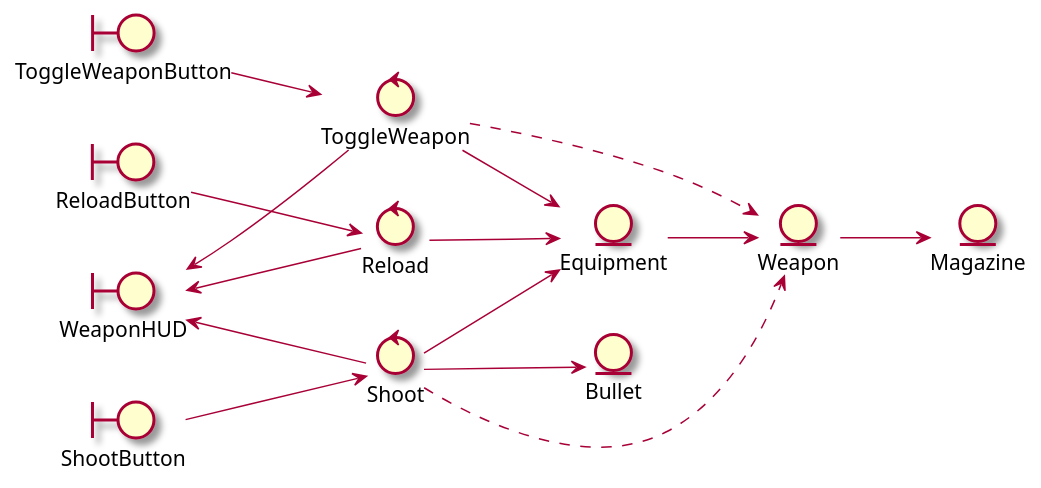
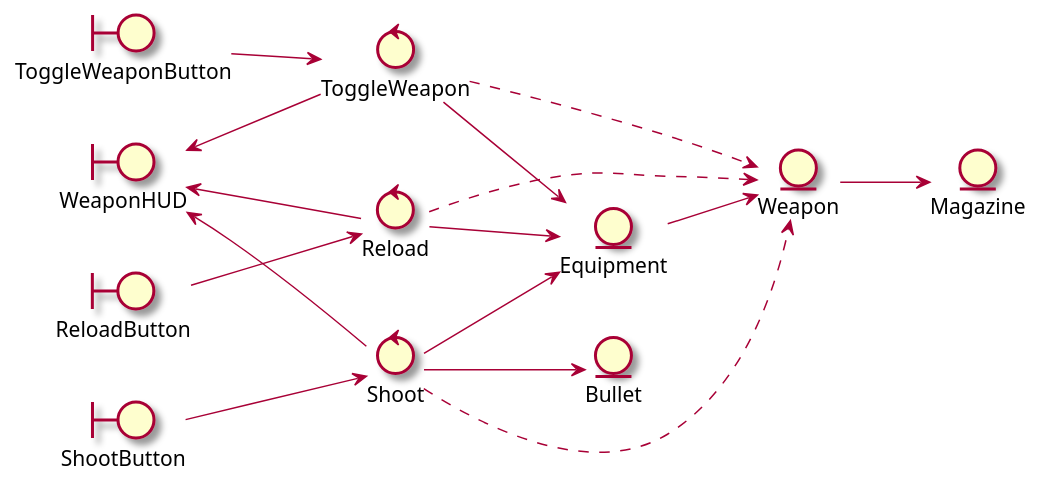
One commit to RicardoGuzmanVelasco/ArchitecturalCookieClicker changed the diagram in Assets/CoD/Docs~/Design.puml. Above: the diagram before and after it, drawn with PlantUML. The commit also changed 4 other files, not shown here.

Commit message:
refactor: inject dummy weapon to reload

```diff
--- a/Assets/CoD/Docs~/Design.puml
+++ b/Assets/CoD/Docs~/Design.puml
@@ -1,41 +1,42 @@
 @startuml
 skin rose
 left to right direction
 
 control ToggleWeapon
 control Shoot
 control Reload
 
 boundary WeaponHUD
 boundary ToggleWeaponButton
 boundary ShootButton
 boundary ReloadButton
 
 entity Weapon
 entity Magazine
 entity Equipment
 
 entity Bullet
 
 ShootButton --> Shoot
 
 Shoot --> Equipment
 Shoot --> Bullet
 Shoot ..> Weapon
 Shoot -u-> WeaponHUD
 
 ToggleWeapon -u-> WeaponHUD
 ToggleWeapon --> Equipment
 ToggleWeapon ..> Weapon
 
 Reload --> Equipment
 Reload -u-> WeaponHUD
 ReloadButton --> Reload
+Reload ..> Weapon
 
 Equipment --> Weapon
 
 ToggleWeaponButton --> ToggleWeapon
 
 Weapon --> Magazine
 
 @enduml
```
